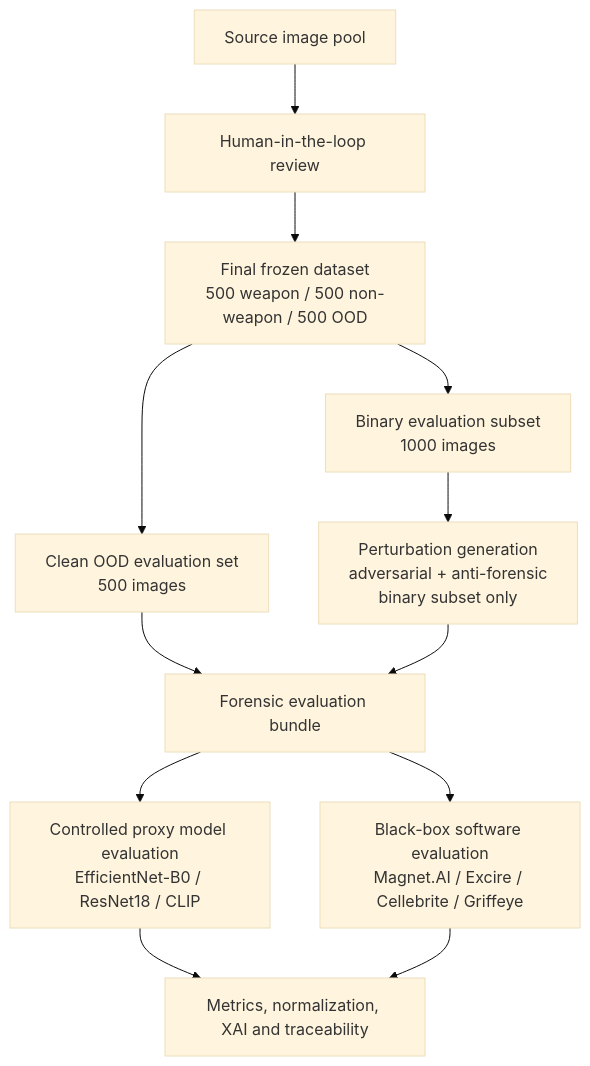
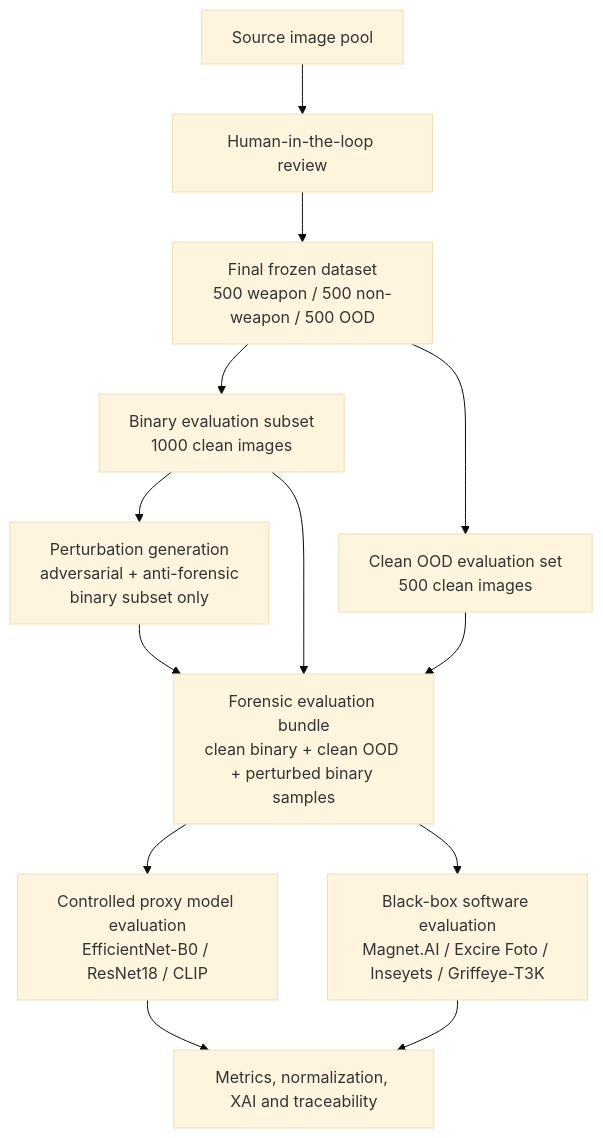
The diagram in README.md (lmolinario/msc-thesis-ai-robustness-in-digital-forensics), drawn with Mermaid (base theme) before and after one commit.

````diff
--- a/README.md
+++ b/README.md
@@ -61,29 +61,30 @@
 ```mermaid
 flowchart TD
     A[Source image pool]
     B[Human-in-the-loop review]
     C[Final frozen dataset<br/>500 weapon / 500 non-weapon / 500 OOD]
 
-    D[Binary evaluation subset<br/>1000 images]
-    E[Clean OOD evaluation set<br/>500 images]
+    D[Binary evaluation subset<br/>1000 clean images]
+    E[Clean OOD evaluation set<br/>500 clean images]
 
     F[Perturbation generation<br/>adversarial + anti-forensic<br/>binary subset only]
 
-    G[Forensic evaluation bundle]
+    G[Forensic evaluation bundle<br/>clean binary + clean OOD + perturbed binary samples]
 
     H[Controlled proxy model evaluation<br/>EfficientNet-B0 / ResNet18 / CLIP]
-    I[Black-box software evaluation<br/>Magnet.AI / Excire / Cellebrite / Griffeye]
+    I[Black-box software evaluation<br/>Magnet.AI / Excire Foto / Inseyets / Griffeye-T3K]
 
     J[Metrics, normalization, XAI and traceability]
 
     A --> B --> C
     C --> D
     C --> E
     D --> F
+    D --> G
     E --> G
     F --> G
     G --> H
     G --> I
     H --> J
     I --> J
 ```
````
